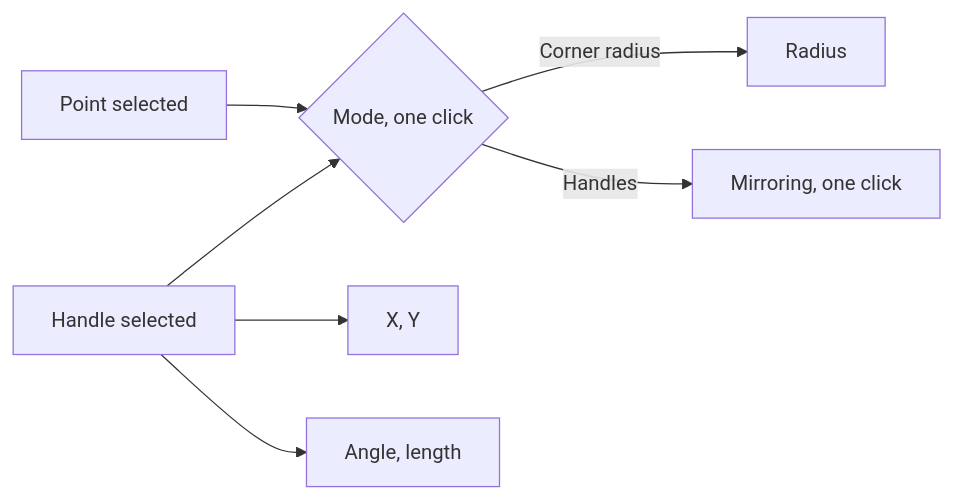
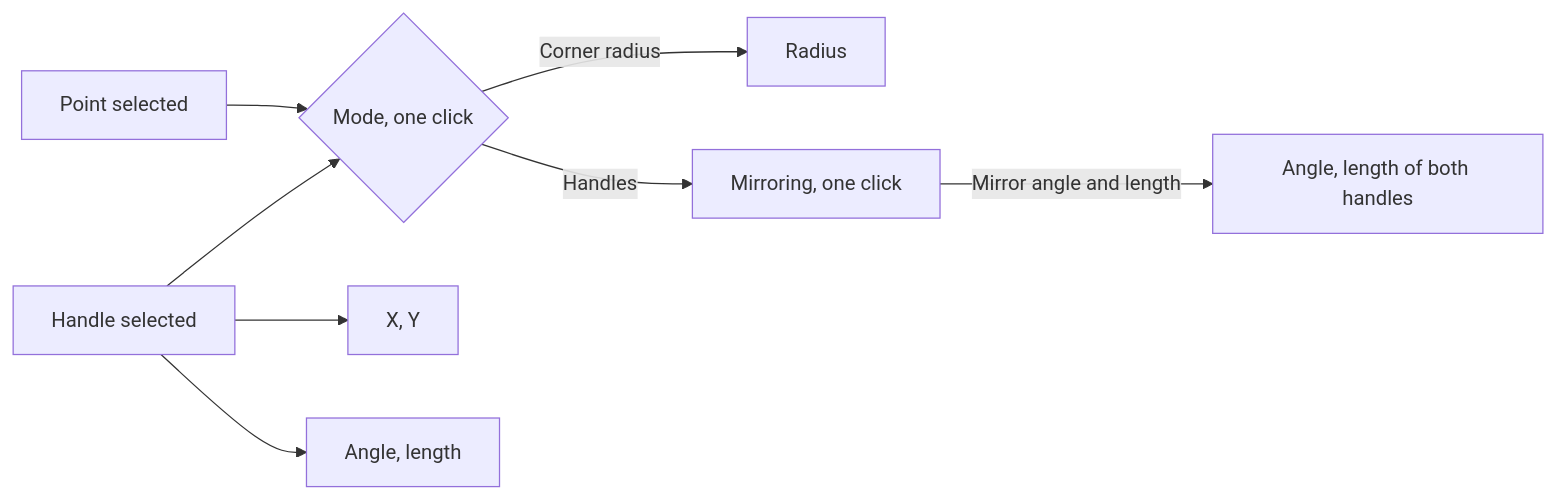
Before and after one commit to AlexandreGallais/synoptic-studio-spec: the diagram in symbols/05-point-editing-mode/points-and-handles.md, drawn with Mermaid. The commit also changed other lines of this file and 8 other files, not shown here.

````diff
--- a/symbols/05-point-editing-mode/points-and-handles.md
+++ b/symbols/05-point-editing-mode/points-and-handles.md
@@ -70,9 +82,10 @@
 ```mermaid
 flowchart LR
     P["Point selected"] --> M{"Mode, one click"}
     M -- "Corner radius" --> R["Radius"]
     M -- "Handles" --> MI["Mirroring, one click"]
+    MI -- "Mirror angle and length" --> PAL["Angle, length of both handles"]
     H["Handle selected"] --> XY["X, Y"]
     H --> AL["Angle, length"]
     H --> M
 ```
````
